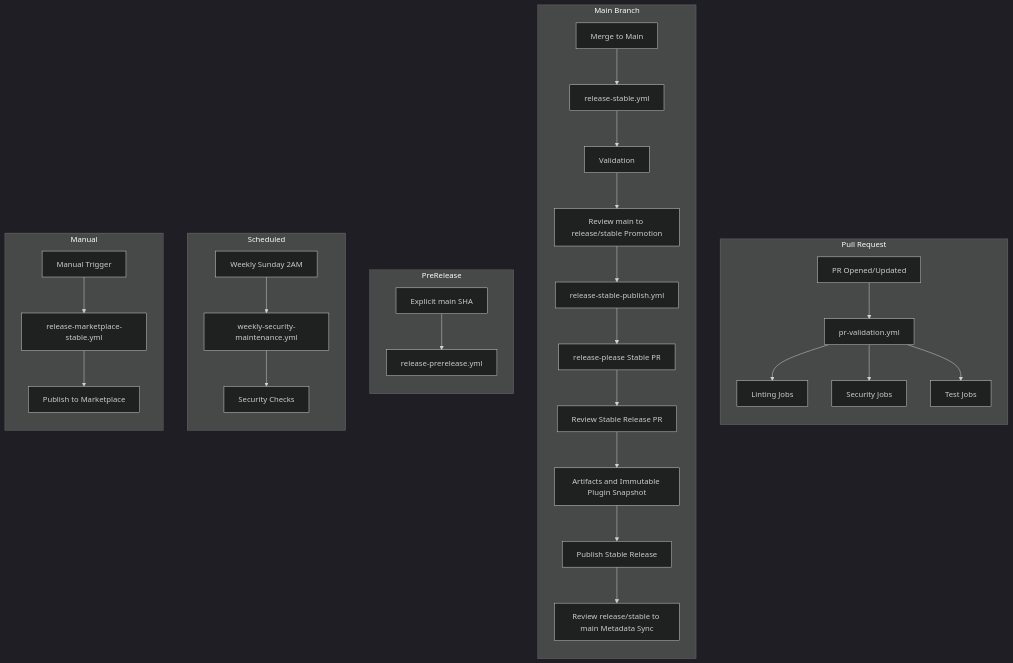
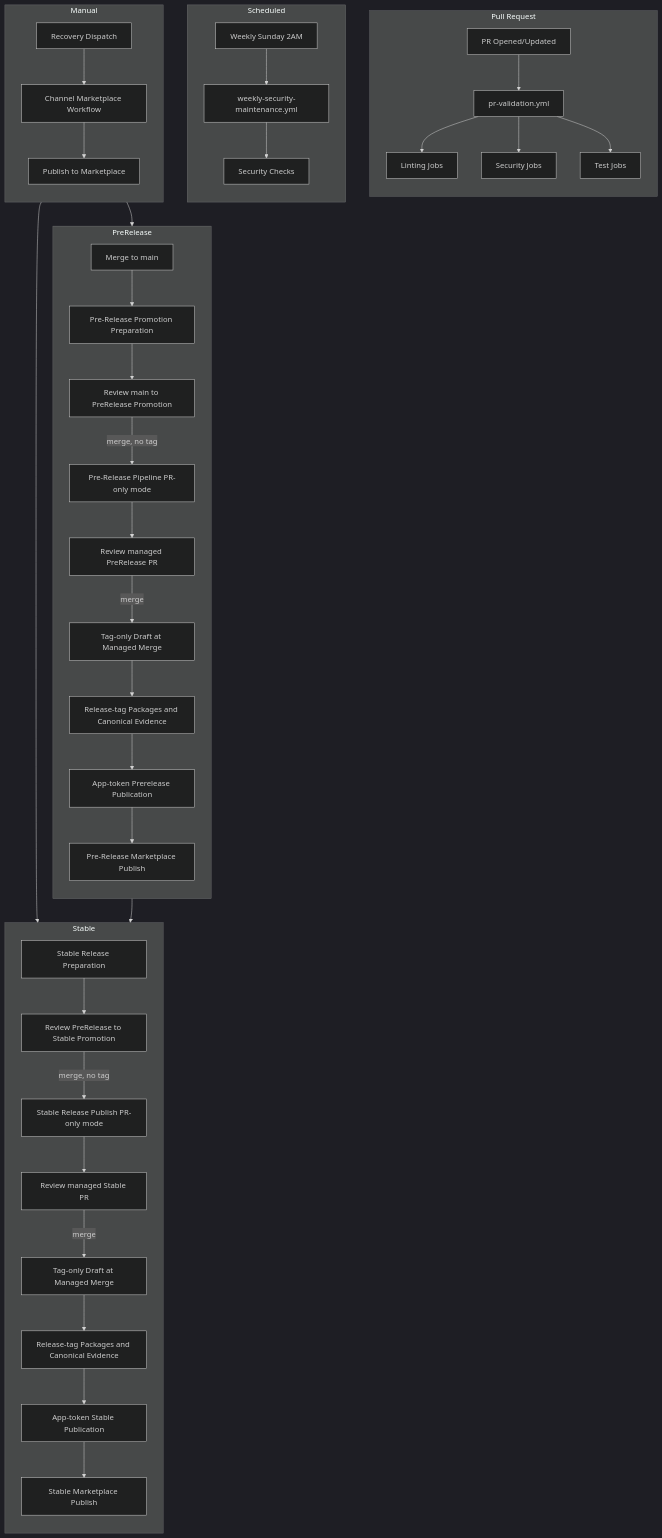
Before and after one commit to MohammedAlkindi/hve-core: the first of 3 diagrams in docs/architecture/workflows.md, drawn with Mermaid (dark theme). The commit also changed other lines of this file and 95 other files, not shown here.

First line of the commit message:
feat(workflows): establish reviewed release channels and canonical plugin sourcing (#2618)

````diff
--- a/docs/architecture/workflows.md
+++ b/docs/architecture/workflows.md
@@ -14,40 +14,48 @@
 ```mermaid
 flowchart TD
     subgraph PR["Pull Request"]
         direction TB
         PR1[PR Opened/Updated] --> PV[pr-validation.yml]
         PV --> LINT[Linting Jobs]
         PV --> SEC[Security Jobs]
         PV --> TEST[Test Jobs]
     end
 
-    subgraph MAIN["Main Branch"]
+    subgraph PRE["PreRelease"]
         direction TB
-        MERGE[Merge to Main] --> MN[release-stable.yml]
-        MN --> VAL[Validation]
-        VAL --> PROMO[Review main to release/stable Promotion]
-        PROMO --> STABLE[release-stable-publish.yml]
-        STABLE --> REL[release-please Stable PR]
-        REL --> REVIEW[Review Stable Release PR]
-        REVIEW --> EVIDENCE[Artifacts and Immutable Plugin Snapshot]
-        EVIDENCE --> PUBLISH[Publish Stable Release]
-        PUBLISH --> SYNC[Review release/stable to main Metadata Sync]
+        MERGE[Merge to main] --> PREP[Pre-Release Promotion Preparation]
+        PREP --> PROMO[Review main to PreRelease Promotion]
+        PROMO -->|merge, no tag| PRE_RP[Pre-Release Pipeline PR-only mode]
+        PRE_RP --> PRE_REL[Review managed PreRelease PR]
+        PRE_REL -->|merge| PRE_DRAFT[Tag-only Draft at Managed Merge]
+        PRE_DRAFT --> PRE_EVIDENCE[Release-tag Packages and Canonical Evidence]
+        PRE_EVIDENCE --> PRE_PUBLISH[App-token Prerelease Publication]
+        PRE_PUBLISH --> PRE_MARKET[Pre-Release Marketplace Publish]
     end
 
-    subgraph PRE["PreRelease"]
+    subgraph STABLE["Stable"]
         direction TB
-        SHA[Explicit main SHA] --> PRE_RELEASE[release-prerelease.yml]
+        PRE_PUBLISH --> ST_PREP[Stable Release Preparation]
+        ST_PREP --> ST_PROMO[Review PreRelease to Stable Promotion]
+        ST_PROMO -->|merge, no tag| ST_RP[Stable Release Publish PR-only mode]
+        ST_RP --> ST_REL[Review managed Stable PR]
+        ST_REL -->|merge| ST_DRAFT[Tag-only Draft at Managed Merge]
+        ST_DRAFT --> ST_EVIDENCE[Release-tag Packages and Canonical Evidence]
+        ST_EVIDENCE --> ST_PUBLISH[App-token Stable Publication]
+        ST_PUBLISH --> ST_MARKET[Stable Marketplace Publish]
     end
 
     subgraph SCHED["Scheduled"]
         direction TB
         CRON[Weekly Sunday 2AM] --> WEEKLY[weekly-security-maintenance.yml]
         WEEKLY --> SECCHECK[Security Checks]
     end
 
     subgraph MANUAL["Manual"]
         direction TB
-        DISPATCH[Manual Trigger] --> PUB[release-marketplace-stable.yml]
+        DISPATCH[Recovery Dispatch] --> PREP
+        DISPATCH --> ST_PREP
+        DISPATCH --> PUB[Channel Marketplace Workflow]
         PUB --> VSCE[Publish to Marketplace]
     end
 ```
````
